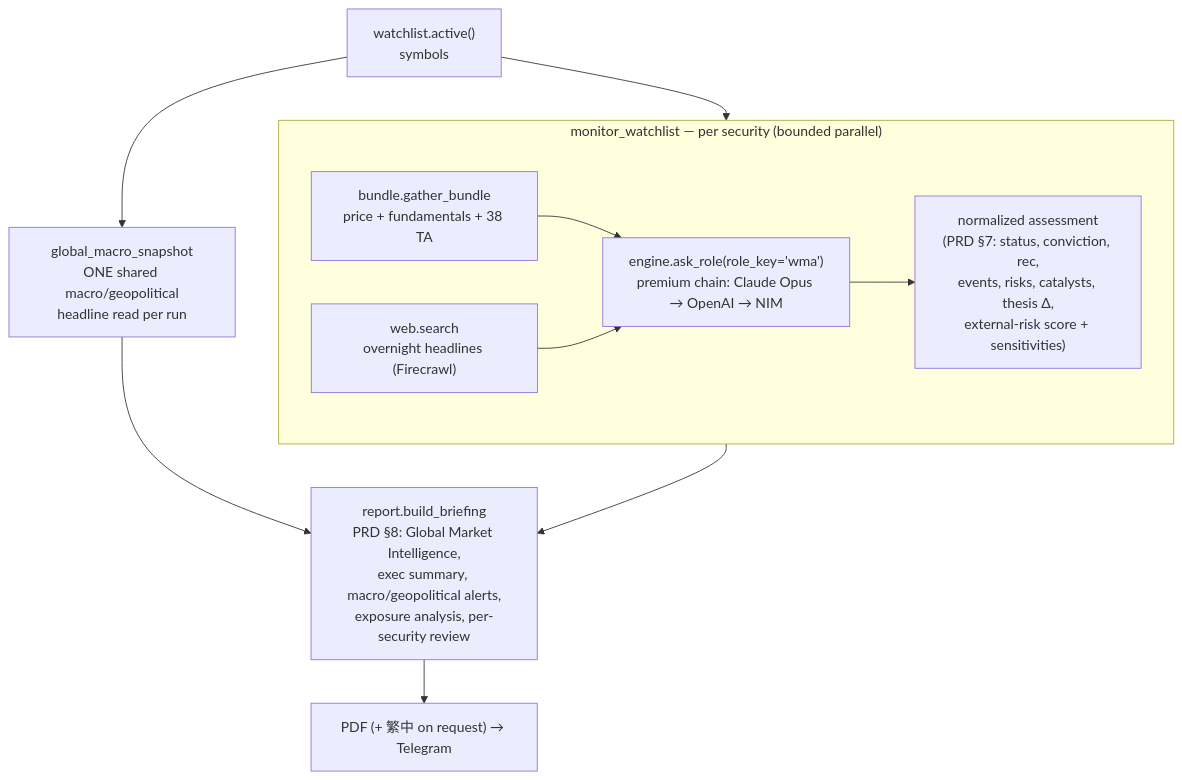
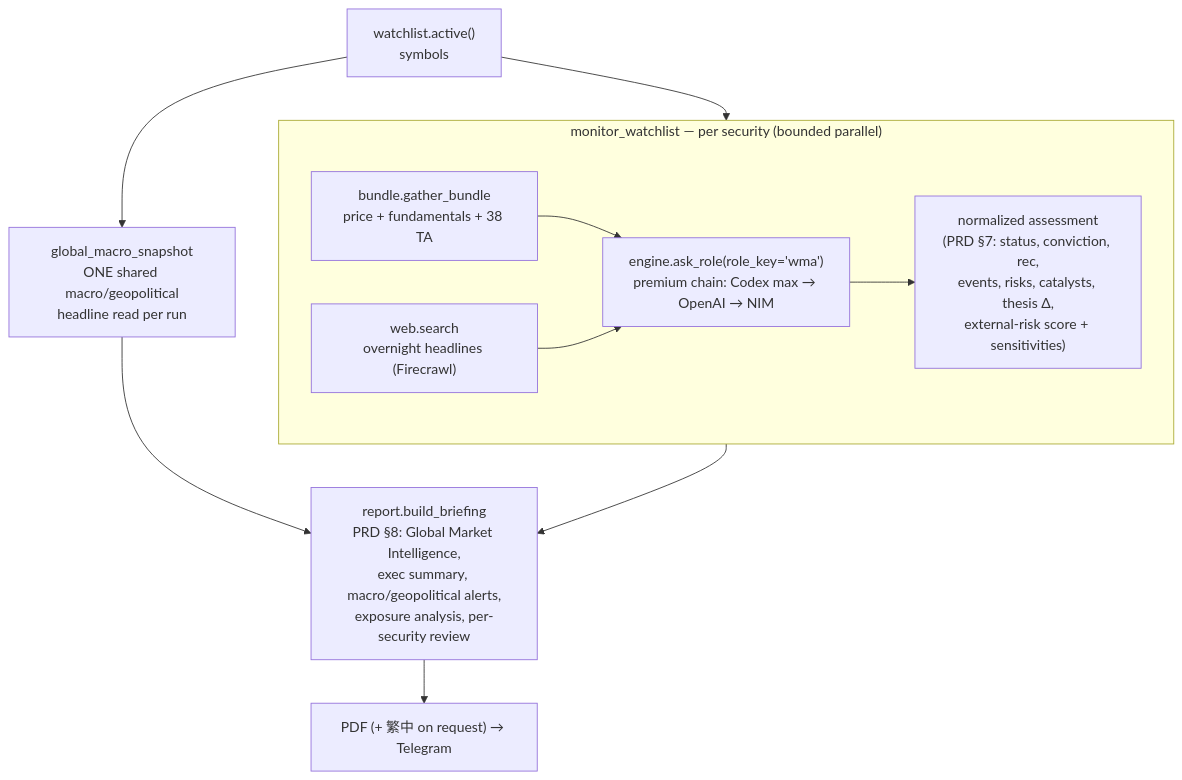
The sixth of 6 diagrams in docs/TECHNICAL_REPORT.md (cloudaipro/CIOAgent), drawn with Mermaid before and after one commit. The commit also changed other lines of this file and 25 other files, not shown here.

````diff
--- a/docs/TECHNICAL_REPORT.md
+++ b/docs/TECHNICAL_REPORT.md
@@ -445,15 +450,15 @@
 ```mermaid
 flowchart TD
     WL["watchlist.active()<br/>symbols"] --> MS
     subgraph MS["monitor_watchlist — per security (bounded parallel)"]
         BD["bundle.gather_bundle<br/>price + fundamentals + 38 TA"]
         NW["web.search<br/>overnight headlines (Firecrawl)"]
-        BD --> ASK["engine.ask_role(role_key='wma')<br/>premium chain: Claude Opus → OpenAI → NIM"]
+        BD --> ASK["engine.ask_role(role_key='wma')<br/>premium chain: Codex max → OpenAI → NIM"]
         NW --> ASK
         ASK --> ASS["normalized assessment<br/>(PRD §7: status, conviction, rec,<br/>events, risks, catalysts, thesis Δ,<br/>external-risk score + sensitivities)"]
     end
     WL --> GMS["global_macro_snapshot<br/>ONE shared macro/geopolitical<br/>headline read per run"]
     MS --> BR["report.build_briefing<br/>PRD §8: Global Market Intelligence,<br/>exec summary, macro/geopolitical alerts,<br/>exposure analysis, per-security review"]
     GMS --> BR
     BR --> OUT["PDF (+ 繁中 on request) → Telegram"]
 ```
````
